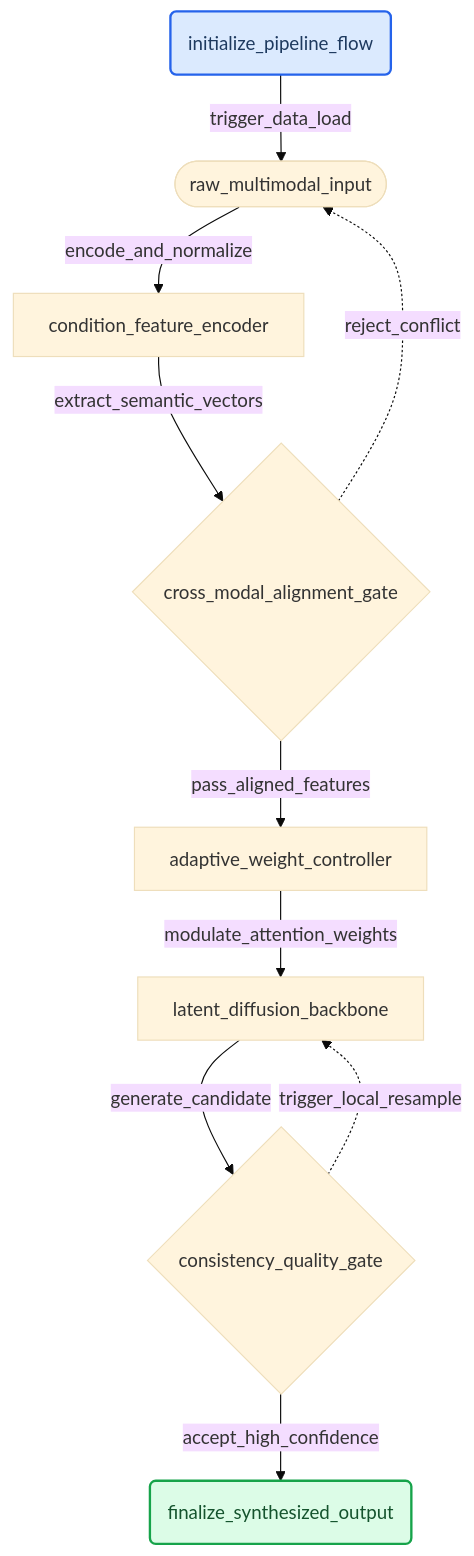
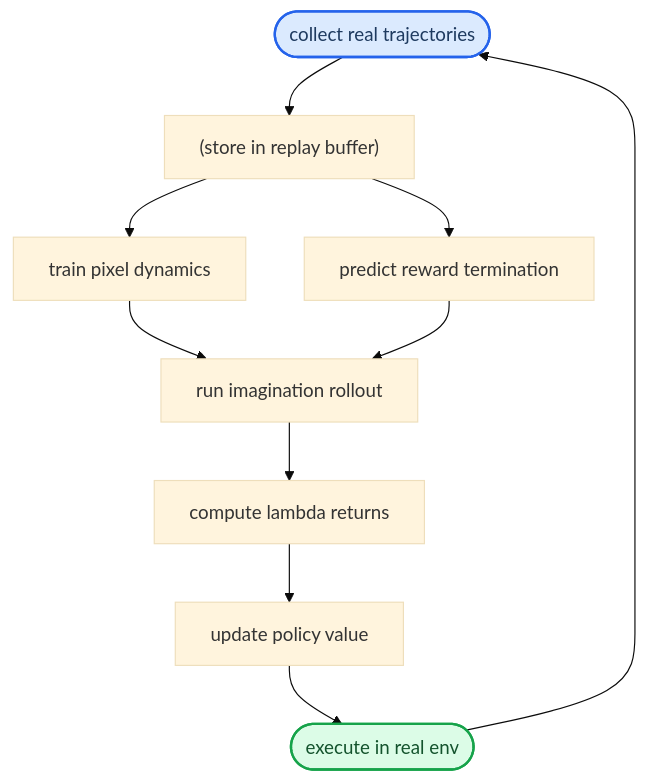
Before and after one commit to ShinewineW/paper-rolling: the third of 10 diagrams in person_vault/2026-06-12_DiffusionForWorldModelingVisualDetailsMa_2405.12399/report.md, drawn with Mermaid (base theme). The commit also changed other lines of this file and 51 other files, not shown here.

````diff
--- a/person_vault/2026-06-12_DiffusionForWorldModelingVisualDetailsMa_2405.12399/report.md
+++ b/person_vault/2026-06-12_DiffusionForWorldModelingVisualDetailsMa_2405.12399/report.md
@@ -134,27 +179,18 @@
 ```mermaid
 flowchart TB
-    start_node("initialize_pipeline_flow")
-    raw_data(["raw_multimodal_input"])
-    cond_encoder["condition_feature_encoder"]
-    align_gate{"cross_modal_alignment_gate"}
-    adaptive_ctrl["adaptive_weight_controller"]
-    latent_gen["latent_diffusion_backbone"]
-    qual_check{"consistency_quality_gate"}
-    final_out("finalize_synthesized_output")
+    env_sample_real_data(["collect real trajectories"]) --> store_replay_buffer["(store in replay buffer)"]
+    store_replay_buffer --> train_diffusion_world_model["train pixel dynamics"]
+    store_replay_buffer --> train_reward_termination_model["predict reward termination"]
+    train_diffusion_world_model --> generate_imagination_rollout["run imagination rollout"]
+    train_reward_termination_model --> generate_imagination_rollout
+    generate_imagination_rollout --> compute_lambda_returns["compute lambda returns"]
+    compute_lambda_returns --> update_actor_critic_policy["update policy value"]
+    update_actor_critic_policy --> deploy_policy_to_env(["execute in real env"])
+    deploy_policy_to_env --> env_sample_real_data
 
-    start_node -->|"trigger_data_load"| raw_data
-    raw_data -->|"encode_and_normalize"| cond_encoder
-    cond_encoder -->|"extract_semantic_vectors"| align_gate
-    align_gate -->|"pass_aligned_features"| adaptive_ctrl
-    align_gate -.->|"reject_conflict"| raw_data
-    adaptive_ctrl -->|"modulate_attention_weights"| latent_gen
-    latent_gen -->|"generate_candidate"| qual_check
-    qual_check -->|"accept_high_confidence"| final_out
-    qual_check -.->|"trigger_local_resample"| latent_gen
-
-    class start_node required
-    class final_out output
     classDef required fill:#dbeafe,stroke:#2563eb,stroke-width:2px,color:#1e3a5f
     classDef output fill:#dcfce7,stroke:#16a34a,stroke-width:2px,color:#14532d
     classDef optional fill:#fef9c3,stroke:#ca8a04,stroke-width:2px,color:#713f12
+    class env_sample_real_data required
+    class deploy_policy_to_env output
 ```
````
